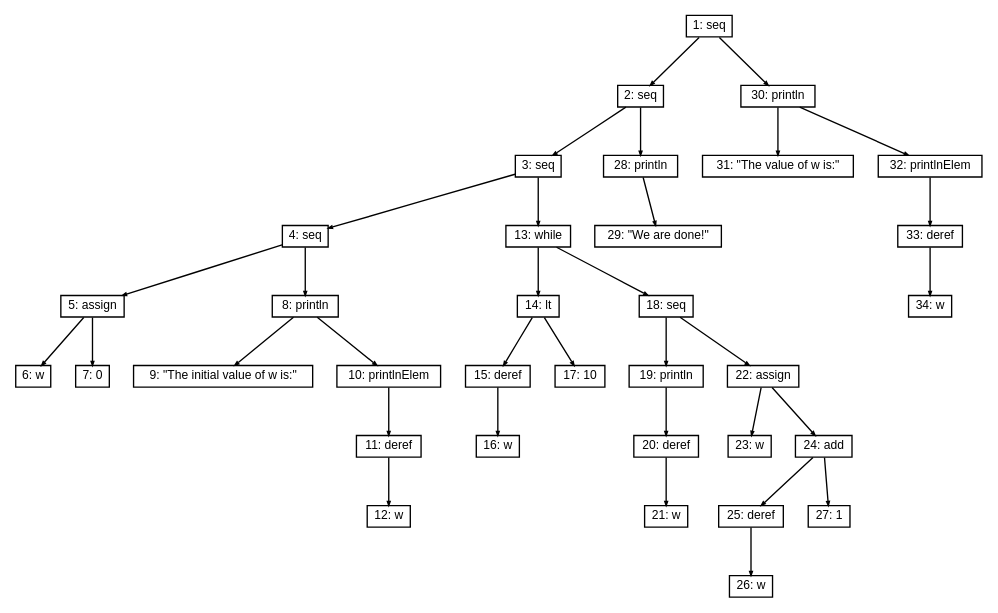
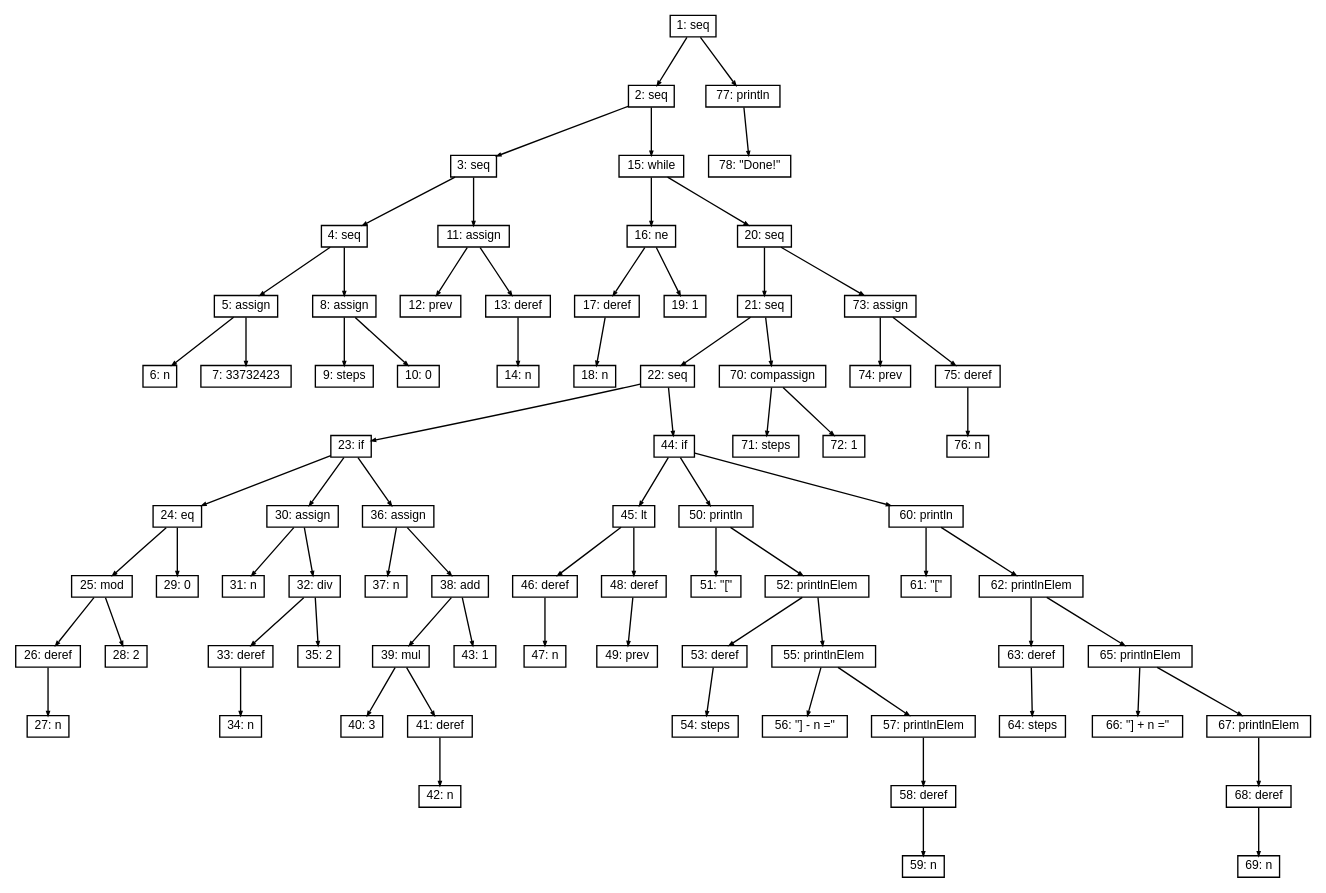
One commit to LemuelKL/HolloRay changed the diagram in rdt.dot. Above: the diagram before and after it, drawn with Graphviz. The commit also changed 5 other files, not shown here.

```diff
--- a/rdt.dot
+++ b/rdt.dot
@@ -1,73 +1,161 @@
 digraph "RDT" {
 node[fontname=Helvetica fontsize=9 shape=box height = 0 width = 0 margin= 0.04]
 graph[ordering=out]
 edge[arrowsize = 0.3]
 
 "1"  [label="1: seq"]
 "1"->"2"
 "2"  [label="2: seq"]
 "2"->"3"
 "3"  [label="3: seq"]
 "3"->"4"
 "4"  [label="4: seq"]
 "4"->"5"
 "5"  [label="5: assign"]
 "5"->"6"
-"6"  [label="6: w"]
+"6"  [label="6: n"]
 "5"->"7"
-"7"  [label="7: 0"]
+"7"  [label="7: 33732423"]
 "4"->"8"
-"8"  [label="8: println"]
+"8"  [label="8: assign"]
 "8"->"9"
-"9"  [label="9: \"The initial value of w is:\""]
+"9"  [label="9: steps"]
 "8"->"10"
-"10"  [label="10: printlnElem"]
-"10"->"11"
-"11"  [label="11: deref"]
+"10"  [label="10: 0"]
+"3"->"11"
+"11"  [label="11: assign"]
 "11"->"12"
-"12"  [label="12: w"]
-"3"->"13"
-"13"  [label="13: while"]
+"12"  [label="12: prev"]
+"11"->"13"
+"13"  [label="13: deref"]
 "13"->"14"
-"14"  [label="14: lt"]
-"14"->"15"
-"15"  [label="15: deref"]
+"14"  [label="14: n"]
+"2"->"15"
+"15"  [label="15: while"]
 "15"->"16"
-"16"  [label="16: w"]
-"14"->"17"
-"17"  [label="17: 10"]
-"13"->"18"
-"18"  [label="18: seq"]
-"18"->"19"
-"19"  [label="19: println"]
-"19"->"20"
-"20"  [label="20: deref"]
+"16"  [label="16: ne"]
+"16"->"17"
+"17"  [label="17: deref"]
+"17"->"18"
+"18"  [label="18: n"]
+"16"->"19"
+"19"  [label="19: 1"]
+"15"->"20"
+"20"  [label="20: seq"]
 "20"->"21"
-"21"  [label="21: w"]
-"18"->"22"
-"22"  [label="22: assign"]
+"21"  [label="21: seq"]
+"21"->"22"
+"22"  [label="22: seq"]
 "22"->"23"
-"23"  [label="23: w"]
-"22"->"24"
-"24"  [label="24: add"]
+"23"  [label="23: if"]
+"23"->"24"
+"24"  [label="24: eq"]
 "24"->"25"
-"25"  [label="25: deref"]
+"25"  [label="25: mod"]
 "25"->"26"
-"26"  [label="26: w"]
-"24"->"27"
-"27"  [label="27: 1"]
-"2"->"28"
-"28"  [label="28: println"]
-"28"->"29"
-"29"  [label="29: \"We are done!\""]
-"1"->"30"
-"30"  [label="30: println"]
+"26"  [label="26: deref"]
+"26"->"27"
+"27"  [label="27: n"]
+"25"->"28"
+"28"  [label="28: 2"]
+"24"->"29"
+"29"  [label="29: 0"]
+"23"->"30"
+"30"  [label="30: assign"]
 "30"->"31"
-"31"  [label="31: \"The value of w is:\""]
+"31"  [label="31: n"]
 "30"->"32"
-"32"  [label="32: printlnElem"]
+"32"  [label="32: div"]
 "32"->"33"
 "33"  [label="33: deref"]
 "33"->"34"
-"34"  [label="34: w"]
+"34"  [label="34: n"]
+"32"->"35"
+"35"  [label="35: 2"]
+"23"->"36"
+"36"  [label="36: assign"]
+"36"->"37"
+"37"  [label="37: n"]
+"36"->"38"
+"38"  [label="38: add"]
+"38"->"39"
+"39"  [label="39: mul"]
+"39"->"40"
+"40"  [label="40: 3"]
+"39"->"41"
+"41"  [label="41: deref"]
+"41"->"42"
+"42"  [label="42: n"]
+"38"->"43"
+"43"  [label="43: 1"]
+"22"->"44"
+"44"  [label="44: if"]
+"44"->"45"
+"45"  [label="45: lt"]
+"45"->"46"
+"46"  [label="46: deref"]
+"46"->"47"
+"47"  [label="47: n"]
+"45"->"48"
+"48"  [label="48: deref"]
+"48"->"49"
+"49"  [label="49: prev"]
+"44"->"50"
+"50"  [label="50: println"]
+"50"->"51"
+"51"  [label="51: \"[\""]
+"50"->"52"
+"52"  [label="52: printlnElem"]
+"52"->"53"
+"53"  [label="53: deref"]
+"53"->"54"
+"54"  [label="54: steps"]
+"52"->"55"
+"55"  [label="55: printlnElem"]
+"55"->"56"
+"56"  [label="56: \"] - n =\""]
+"55"->"57"
+"57"  [label="57: printlnElem"]
+"57"->"58"
+"58"  [label="58: deref"]
+"58"->"59"
+"59"  [label="59: n"]
+"44"->"60"
+"60"  [label="60: println"]
+"60"->"61"
+"61"  [label="61: \"[\""]
+"60"->"62"
+"62"  [label="62: printlnElem"]
+"62"->"63"
+"63"  [label="63: deref"]
+"63"->"64"
+"64"  [label="64: steps"]
+"62"->"65"
+"65"  [label="65: printlnElem"]
+"65"->"66"
+"66"  [label="66: \"] + n =\""]
+"65"->"67"
+"67"  [label="67: printlnElem"]
+"67"->"68"
+"68"  [label="68: deref"]
+"68"->"69"
+"69"  [label="69: n"]
+"21"->"70"
+"70"  [label="70: compassign"]
+"70"->"71"
+"71"  [label="71: steps"]
+"70"->"72"
+"72"  [label="72: 1"]
+"20"->"73"
+"73"  [label="73: assign"]
+"73"->"74"
+"74"  [label="74: prev"]
+"73"->"75"
+"75"  [label="75: deref"]
+"75"->"76"
+"76"  [label="76: n"]
+"1"->"77"
+"77"  [label="77: println"]
+"77"->"78"
+"78"  [label="78: \"Done!\""]
 }
```
